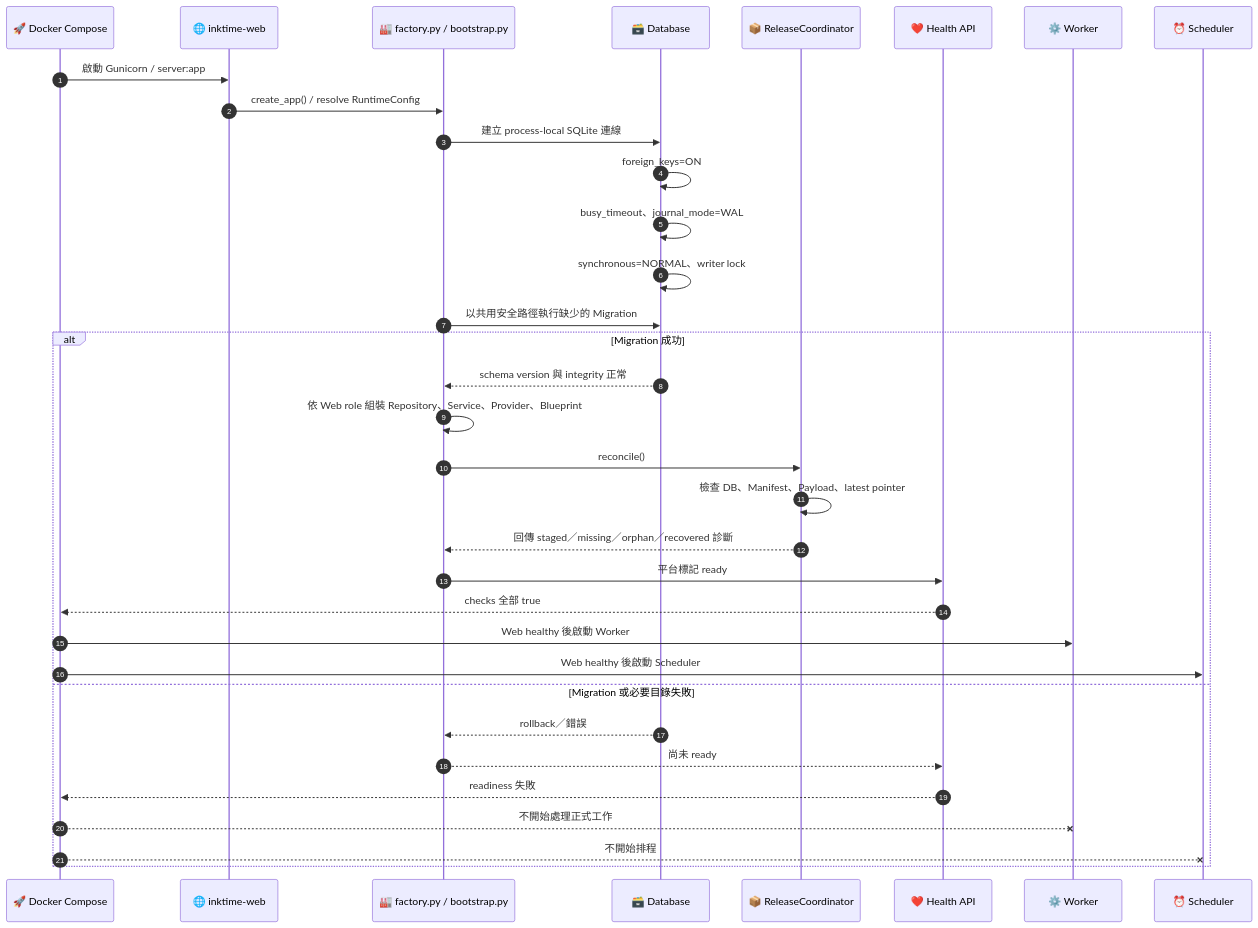
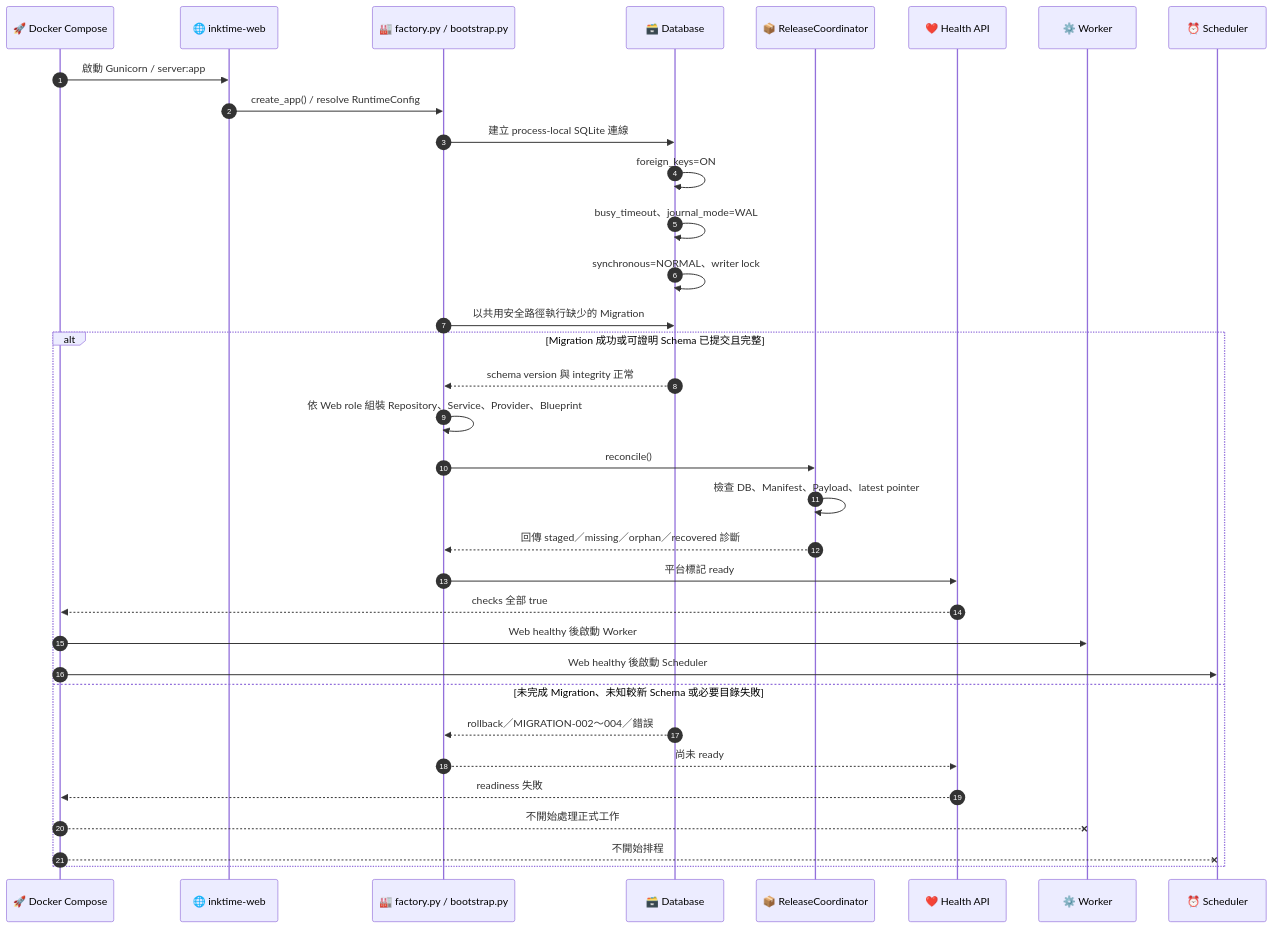
The third of 15 diagrams in README.md (steven87090799/InkTime), drawn with Mermaid before and after one commit. The commit also changed other lines of this file and 45 other files, not shown here.

Commit message:
docs: sync project documentation with current architecture

````diff
--- a/README.md
+++ b/README.md
@@ -143,37 +149,37 @@
 ```mermaid
 sequenceDiagram
     autonumber
     participant C as 🚀 Docker Compose
     participant W as 🌐 inktime-web
     participant F as 🏭 factory.py / bootstrap.py
     participant D as 🗃️ Database
     participant R as 📦 ReleaseCoordinator
     participant H as ❤️ Health API
     participant B as ⚙️ Worker
     participant S as ⏰ Scheduler
 
     C->>W: 啟動 Gunicorn / server:app
     W->>F: create_app() / resolve RuntimeConfig
     F->>D: 建立 process-local SQLite 連線
     D->>D: foreign_keys=ON
     D->>D: busy_timeout、journal_mode=WAL
     D->>D: synchronous=NORMAL、writer lock
     F->>D: 以共用安全路徑執行缺少的 Migration
-    alt Migration 成功
+    alt Migration 成功或可證明 Schema 已提交且完整
         D-->>F: schema version 與 integrity 正常
         F->>F: 依 Web role 組裝 Repository、Service、Provider、Blueprint
         F->>R: reconcile()
         R->>R: 檢查 DB、Manifest、Payload、latest pointer
         R-->>F: 回傳 staged／missing／orphan／recovered 診斷
         F->>H: 平台標記 ready
         H-->>C: checks 全部 true
         C->>B: Web healthy 後啟動 Worker
         C->>S: Web healthy 後啟動 Scheduler
-    else Migration 或必要目錄失敗
-        D-->>F: rollback／錯誤
+    else 未完成 Migration、未知較新 Schema 或必要目錄失敗
+        D-->>F: rollback／MIGRATION-002～004／錯誤
         F-->>H: 尚未 ready
         H-->>C: readiness 失敗
         C--xB: 不開始處理正式工作
         C--xS: 不開始排程
     end
 ```
````
